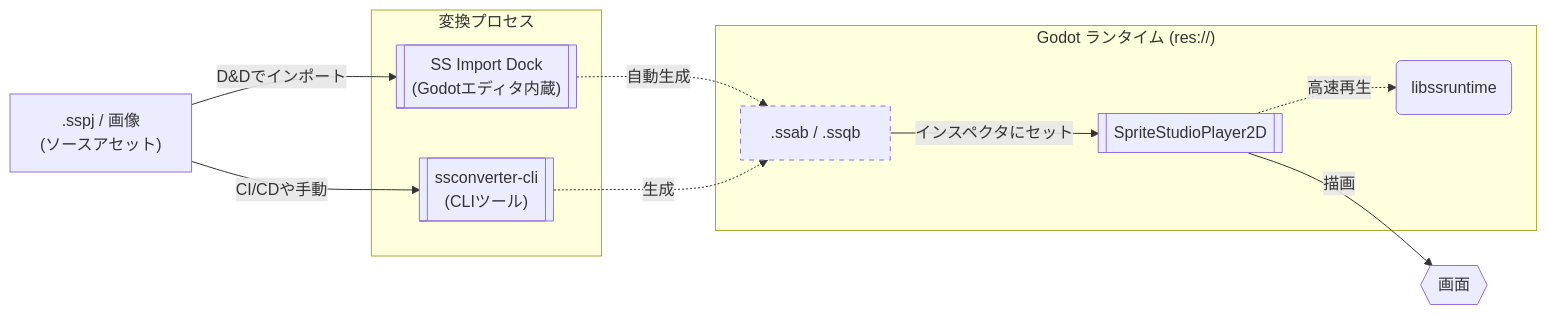
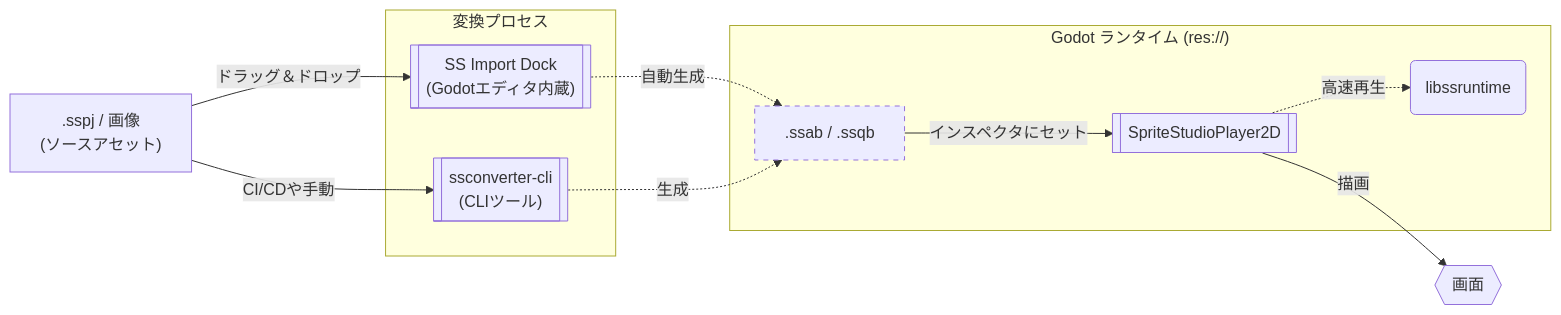
The diagram in README.ja.md (SpriteStudio/SSPlayerForGodot), drawn with Mermaid before and after one commit. The commit also changed 2 other files, not shown here.

Commit message:
docs: Replace 'D&D' abbreviation with full 'ドラッグ＆ドロップ' for clarity

````diff
--- a/README.ja.md
+++ b/README.ja.md
@@ -54,27 +54,27 @@
 ```mermaid
 graph LR
     SS[" .sspj / 画像<br>(ソースアセット) "]
 
     subgraph Convert ["変換プロセス"]
         DOCK[[" SS Import Dock<br>(Godotエディタ内蔵) "]]
         CLI[[" ssconverter-cli<br>(CLIツール) "]]
     end
 
     subgraph Godot ["Godot ランタイム (res://)"]
         BIN[" .ssab / .ssqb "]
         NODE[[ SpriteStudioPlayer2D ]]
         RT(" libssruntime ")
     end
 
-    SS -- "D&Dでインポート" --> DOCK
+    SS -- "ドラッグ＆ドロップ" --> DOCK
     SS -- "CI/CDや手動" --> CLI
     DOCK -. "自動生成" .-> BIN
     CLI -. "生成" .-> BIN
     
     BIN -- "インスペクタにセット" --> NODE
     NODE -. "高速再生" .-> RT
     NODE -- "描画" --> RENDER{{" 画面 "}}
 
     classDef generated stroke-dasharray: 5 5;
     class BIN generated;
 ```
````
